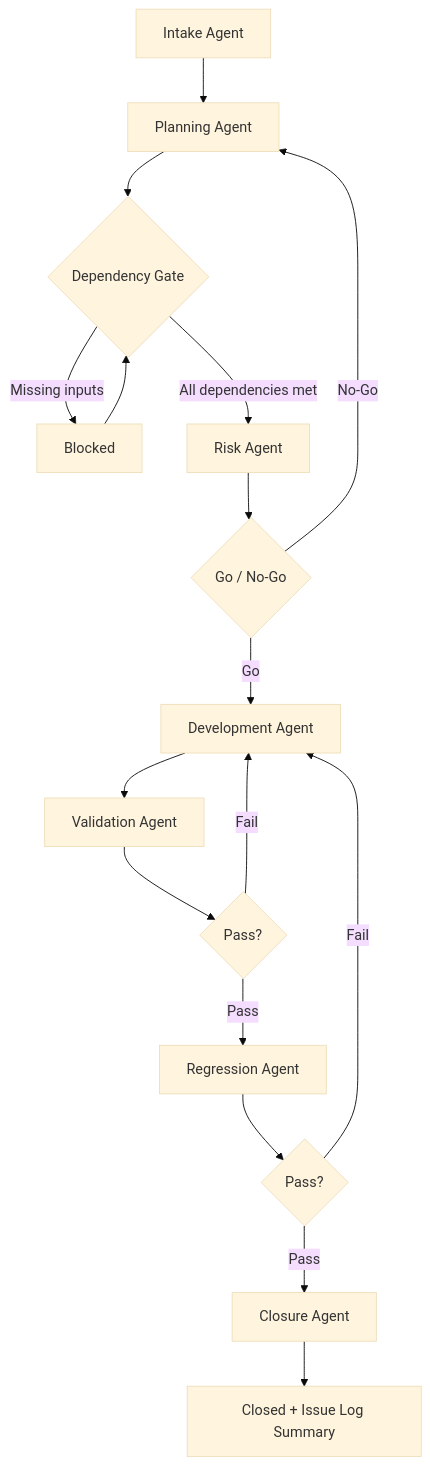
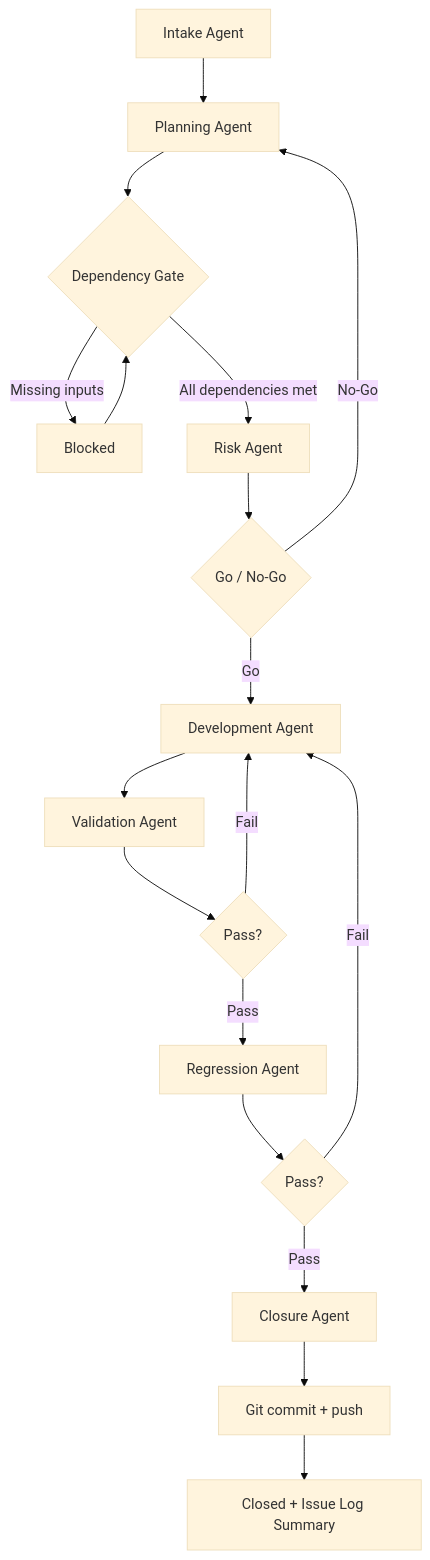
The diagram in AI_Agents/Framework.md (warrenhughes1974-cell/Warrenhughes1974), drawn with Mermaid (base theme) before and after one commit. The commit also changed other lines of this file and 3 other files, not shown here.

Commit message:
Framework G7: mandate commit and push on issue closure

````diff
--- a/AI_Agents/Framework.md
+++ b/AI_Agents/Framework.md
@@ -24,19 +24,20 @@
 ```mermaid
 flowchart TD
     A[Intake Agent] --> B[Planning Agent]
     B --> C{Dependency Gate}
     C -->|Missing inputs| D[Blocked]
     D --> C
     C -->|All dependencies met| E[Risk Agent]
     E --> F{Go / No-Go}
     F -->|No-Go| B
     F -->|Go| G[Development Agent]
     G --> H[Validation Agent]
     H --> I{Pass?}
     I -->|Fail| G
     I -->|Pass| J[Regression Agent]
     J --> K{Pass?}
     K -->|Fail| G
     K -->|Pass| L[Closure Agent]
-    L --> M[Closed + Issue Log Summary]
+    L --> N[Git commit + push]
+    N --> M[Closed + Issue Log Summary]
 ```
````
